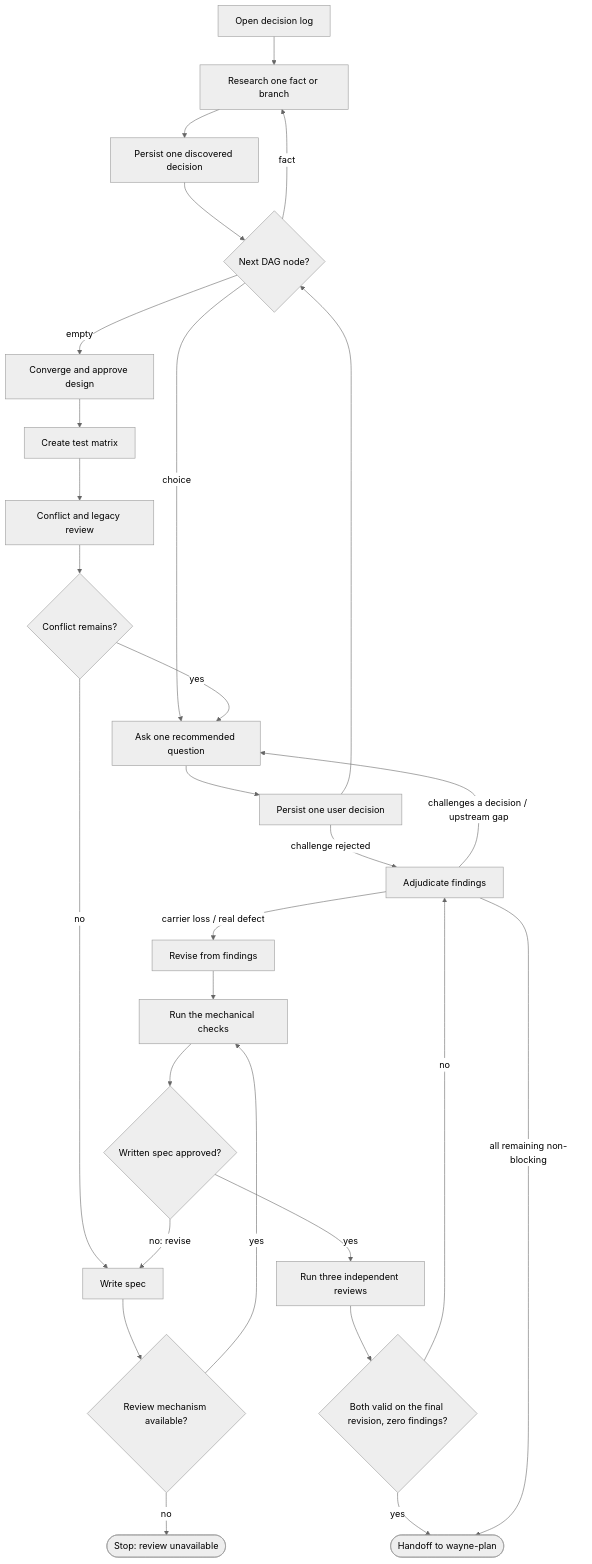
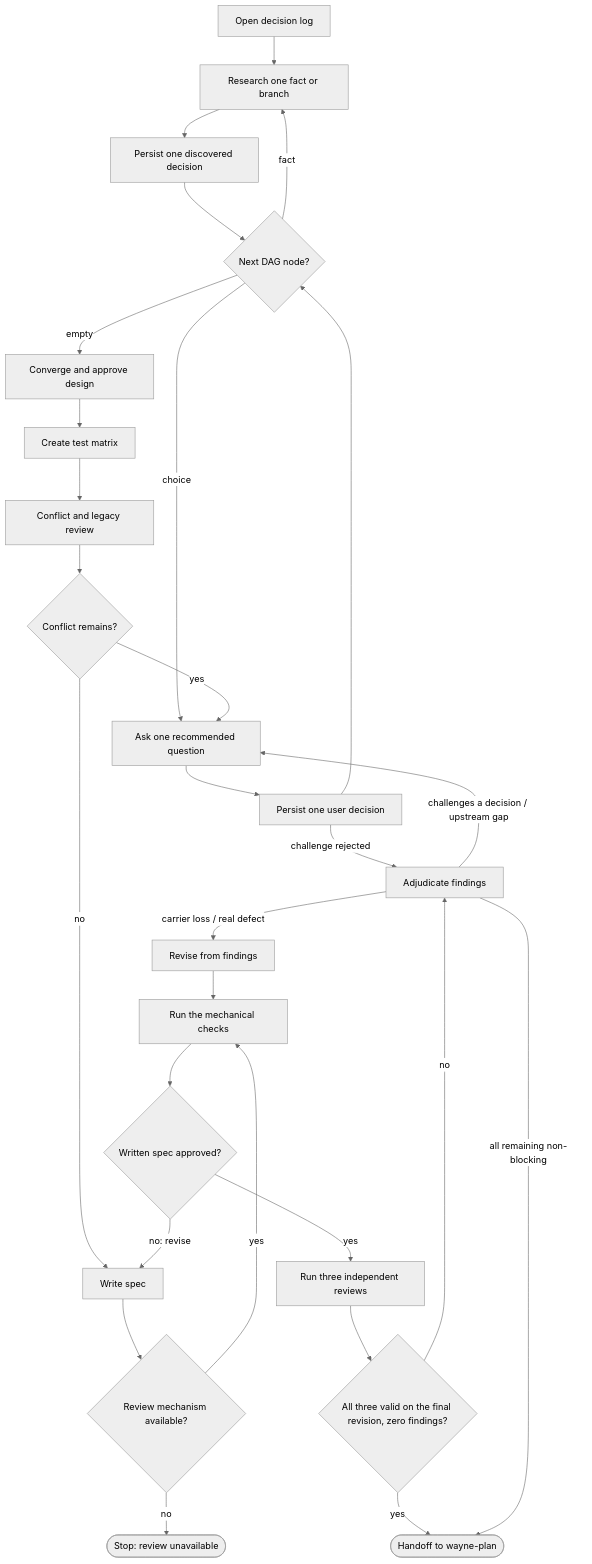
The diagram in wayne-mind-explode/SKILL.md (waynejing995/wayne-taste), drawn with Mermaid (neutral theme) before and after one commit. The commit also changed other lines of this file and 13 other files, not shown here.

````diff
--- a/wayne-mind-explode/SKILL.md
+++ b/wayne-mind-explode/SKILL.md
@@ -36,51 +36,51 @@
 ```mermaid
 flowchart TB
     A["Open decision log"]
     B["Research one fact or branch"]
     P["Persist one discovered decision"]
     C{"Next DAG node?"}
     D["Ask one recommended question"]
     Q["Persist one user decision"]
     E["Converge and approve design"]
     F["Create test matrix"]
     G["Conflict and legacy review"]
     H{"Conflict remains?"}
     I["Write spec"]
     M["Run the mechanical checks"]
     V{"Written spec approved?"}
     J["Run three independent reviews"]
-    K{"Both valid on the final revision, zero findings?"}
+    K{"All three valid on the final revision, zero findings?"}
     ADJ["Adjudicate findings"]
     R["Revise from findings"]
     U{"Review mechanism available?"}
     X(["Stop: review unavailable"])
     L(["Handoff to wayne-plan"])
 
     A --> B
     B --> P
     P --> C
     C -->|"fact"| B
     C -->|"choice"| D
     D --> Q
     Q --> C
     Q -->|"challenge rejected"| ADJ
     C -->|"empty"| E
     E --> F
     F --> G
     G --> H
     H -->|"yes"| D
     H -->|"no"| I
     I --> U
     U -->|"yes"| M
     M --> V
     U -->|"no"| X
     V -->|"no: revise"| I
     V -->|"yes"| J
     J --> K
     K -->|"yes"| L
     K -->|"no"| ADJ
     ADJ -->|"carrier loss / real defect"| R
     ADJ -->|"challenges a decision / upstream gap"| D
     ADJ -->|"all remaining non-blocking"| L
     R --> M
 ```
````
